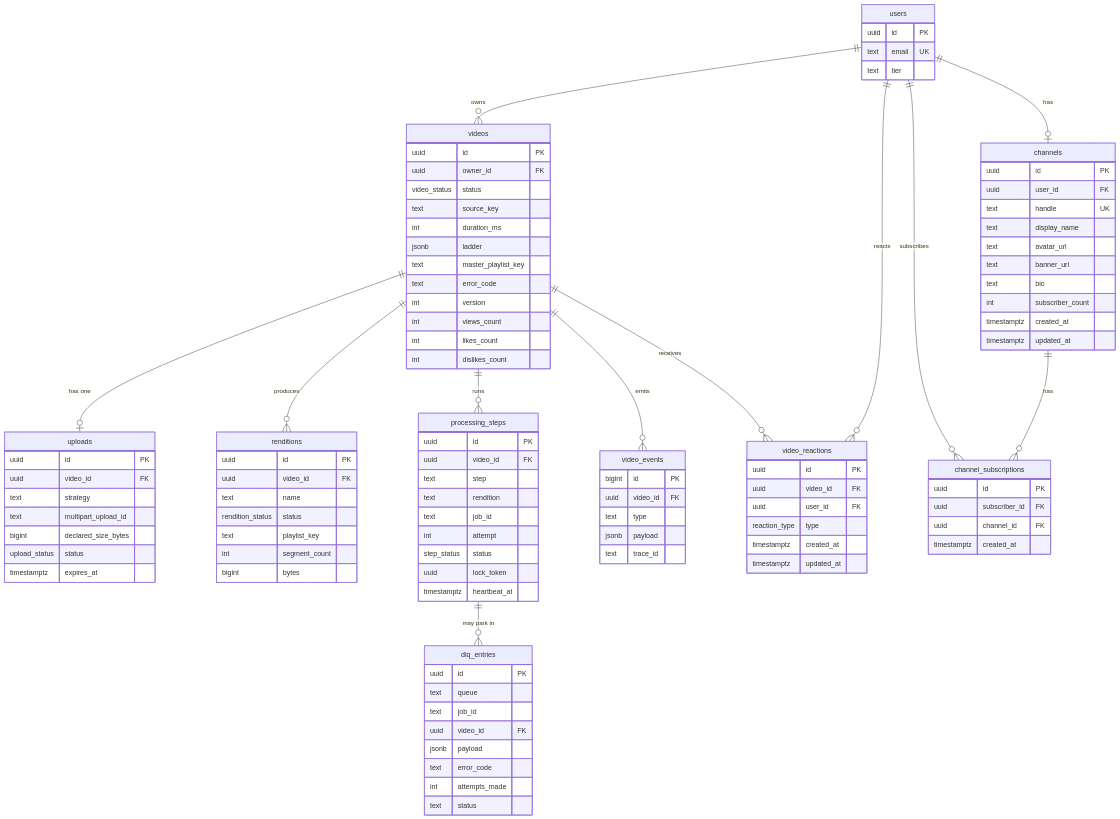
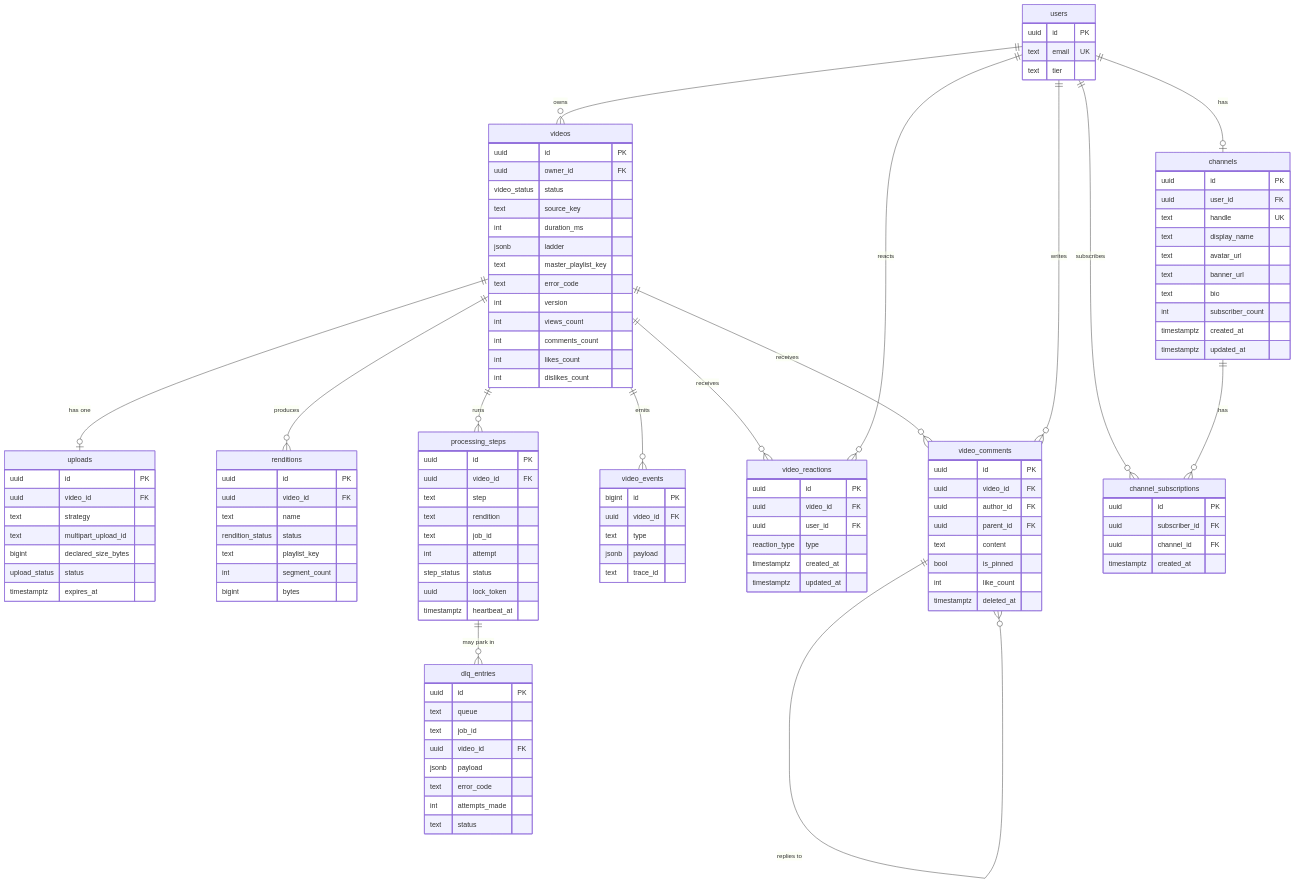
Before and after one commit to szebest/taitube-platform: the sixth of 9 diagrams in docs/SDD.md, drawn with Mermaid. The commit also changed other lines of this file and 107 other files, not shown here.

First line of the commit message:
42: Threaded video comments with keyset pagination & moderation (#119)

```diff
--- a/docs/SDD.md
+++ b/docs/SDD.md
@@ -809,6 +809,9 @@
     videos ||--o{ video_events : emits
     videos ||--o{ video_reactions : receives
     users ||--o{ video_reactions : reacts
+    videos ||--o{ video_comments : receives
+    users ||--o{ video_comments : writes
+    video_comments ||--o{ video_comments : "replies to"
     users ||--o{ channel_subscriptions : subscribes
     channels ||--o{ channel_subscriptions : has
     processing_steps ||--o{ dlq_entries : "may park in"
@@ -847,8 +850,19 @@
         text error_code
         int version
         int views_count
+        int comments_count
         int likes_count
         int dislikes_count
+    }
+    video_comments {
+        uuid id PK
+        uuid video_id FK
+        uuid author_id FK
+        uuid parent_id FK
+        text content
+        bool is_pinned
+        int like_count
+        timestamptz deleted_at
     }
     video_reactions {
         uuid id PK
```
